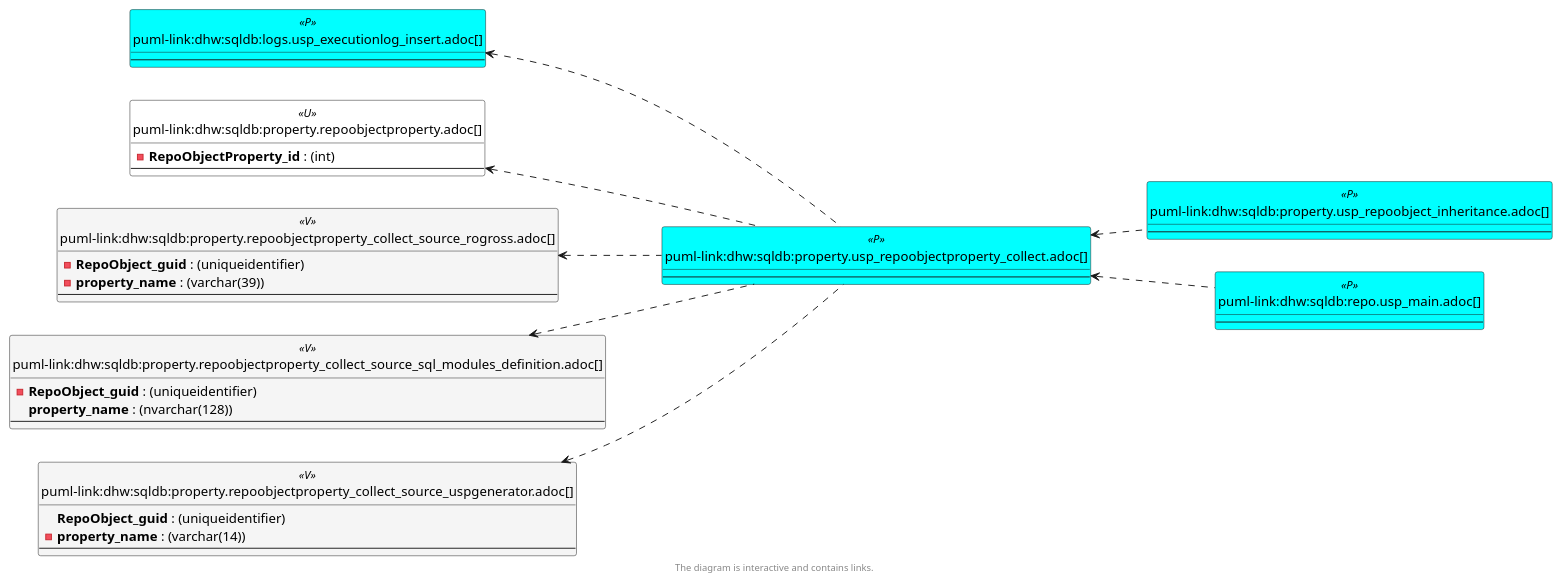
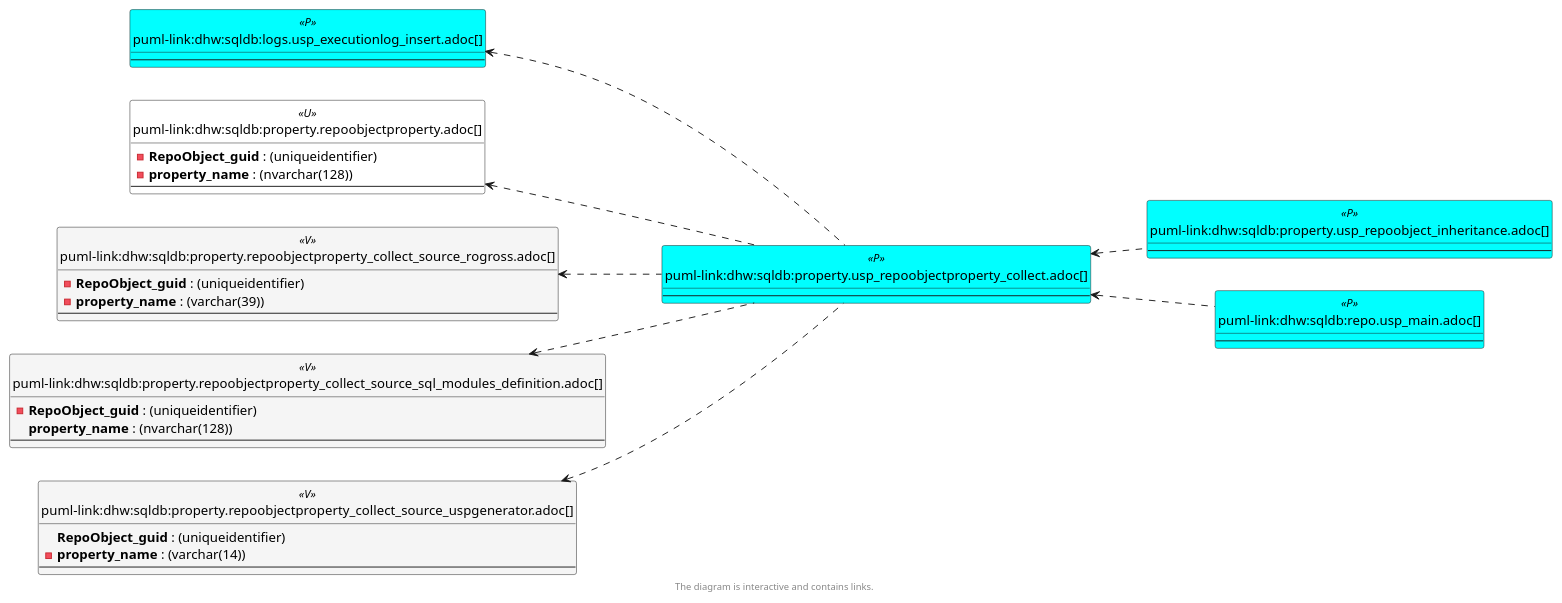
One commit to DataHandwerk/dhw-antora-sqldb changed the third of 6 diagrams in docs/modules/sqldb/partials/content/property.usp_repoobjectproperty_collect.adoc. Above: the diagram before and after it, drawn with PlantUML. The commit also changed other lines of this file and 751 other files, not shown here.

```diff
--- a/docs/modules/sqldb/partials/content/property.usp_repoobjectproperty_collect.adoc
+++ b/docs/modules/sqldb/partials/content/property.usp_repoobjectproperty_collect.adoc
@@ -743,81 +743,82 @@
 [plantuml, entity_1_1_objectref-{docname}, svg, subs=macros]
 ....
 @startuml
 left to right direction
 'top to bottom direction
 hide circle
 'avoide "." issues:
 set namespaceSeparator none
 
 
 skinparam class {
   BackgroundColor White
   BackgroundColor<<FN>> Yellow
   BackgroundColor<<FS>> Yellow
   BackgroundColor<<FT>> LightGray
   BackgroundColor<<IF>> Yellow
   BackgroundColor<<IS>> Yellow
   BackgroundColor<<P>>  Aqua
   BackgroundColor<<PC>> Aqua
   BackgroundColor<<SN>> Yellow
   BackgroundColor<<SO>> SlateBlue
   BackgroundColor<<TF>> LightGray
   BackgroundColor<<TR>> Tomato
   BackgroundColor<<U>>  White
   BackgroundColor<<V>>  WhiteSmoke
   BackgroundColor<<X>>  Aqua
   BackgroundColor<<external>> AliceBlue
 }
 
 
 entity "puml-link:dhw:sqldb:logs.usp_executionlog_insert.adoc[]" as logs.usp_ExecutionLog_insert << P >> {
   --
 }
 
 entity "puml-link:dhw:sqldb:property.repoobjectproperty.adoc[]" as property.RepoObjectProperty << U >> {
-  - **RepoObjectProperty_id** : (int)
+  - **RepoObject_guid** : (uniqueidentifier)
+  - **property_name** : (nvarchar(128))
   --
 }
 
 entity "puml-link:dhw:sqldb:property.repoobjectproperty_collect_source_rogross.adoc[]" as property.RepoObjectProperty_Collect_source_ROGross << V >> {
   - **RepoObject_guid** : (uniqueidentifier)
   - **property_name** : (varchar(39))
   --
 }
 
 entity "puml-link:dhw:sqldb:property.repoobjectproperty_collect_source_sql_modules_definition.adoc[]" as property.RepoObjectProperty_Collect_source_sql_modules_definition << V >> {
   - **RepoObject_guid** : (uniqueidentifier)
   **property_name** : (nvarchar(128))
   --
 }
 
 entity "puml-link:dhw:sqldb:property.repoobjectproperty_collect_source_uspgenerator.adoc[]" as property.RepoObjectProperty_Collect_source_uspgenerator << V >> {
   **RepoObject_guid** : (uniqueidentifier)
   - **property_name** : (varchar(14))
   --
 }
 
 entity "puml-link:dhw:sqldb:property.usp_repoobject_inheritance.adoc[]" as property.usp_RepoObject_Inheritance << P >> {
   --
 }
 
 entity "puml-link:dhw:sqldb:property.usp_repoobjectproperty_collect.adoc[]" as property.usp_RepoObjectProperty_collect << P >> {
   --
 }
 
 entity "puml-link:dhw:sqldb:repo.usp_main.adoc[]" as repo.usp_main << P >> {
   --
 }
 
 logs.usp_ExecutionLog_insert <.. property.usp_RepoObjectProperty_collect
 property.RepoObjectProperty <.. property.usp_RepoObjectProperty_collect
 property.RepoObjectProperty_Collect_source_ROGross <.. property.usp_RepoObjectProperty_collect
 property.RepoObjectProperty_Collect_source_sql_modules_definition <.. property.usp_RepoObjectProperty_collect
 property.RepoObjectProperty_Collect_source_uspgenerator <.. property.usp_RepoObjectProperty_collect
+property.usp_RepoObjectProperty_collect <.. repo.usp_main
 property.usp_RepoObjectProperty_collect <.. property.usp_RepoObject_Inheritance
-property.usp_RepoObjectProperty_collect <.. repo.usp_main
 
 footer The diagram is interactive and contains links.
 
 @enduml
 ....
```
